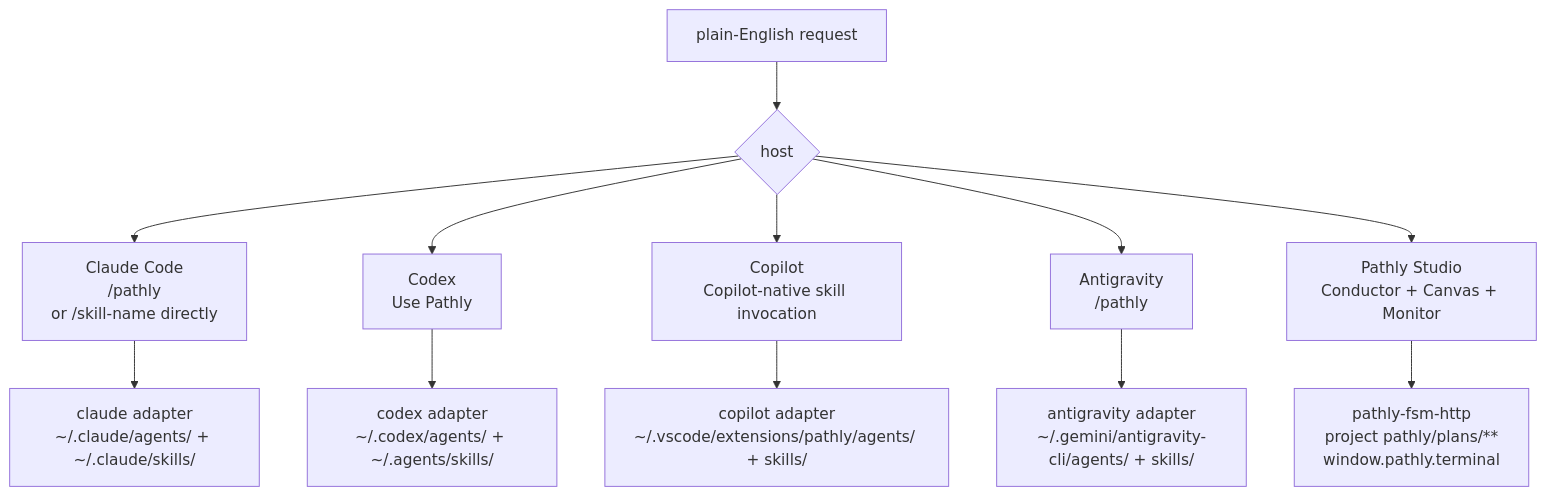
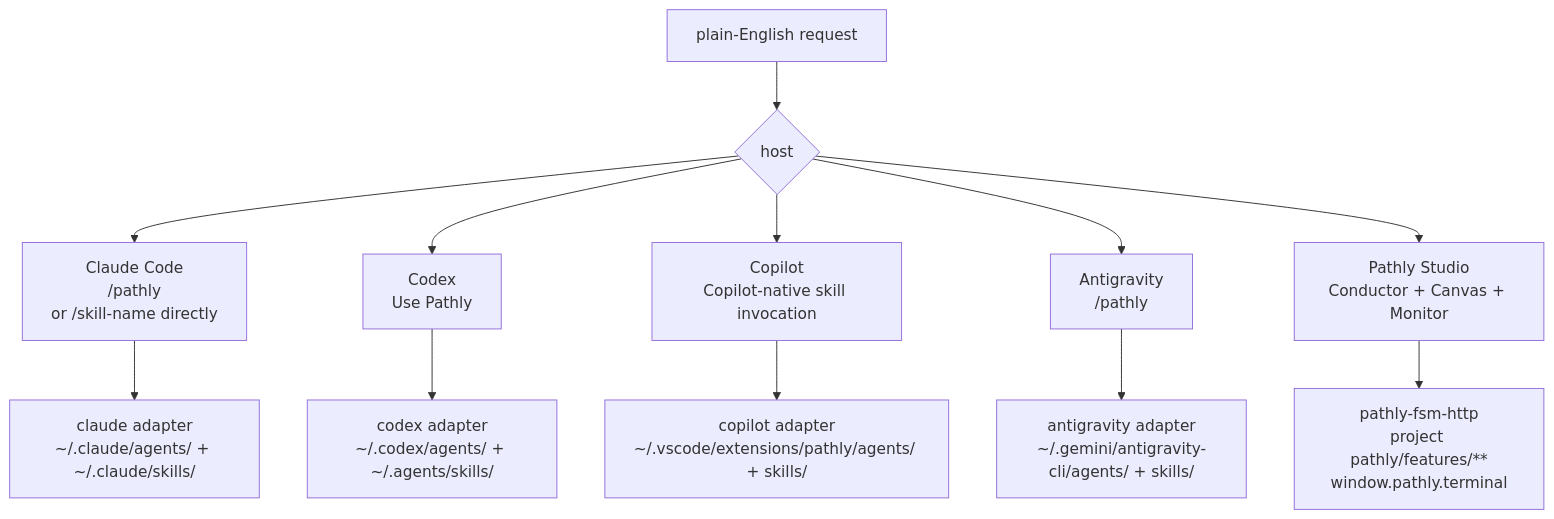
The first of 2 diagrams in docs/FLOW_DIAGRAM.md (hamilton-sky/pathly-adapters), drawn with Mermaid before and after one commit. The commit also changed other lines of this file and 7 other files, not shown here.

````diff
--- a/docs/FLOW_DIAGRAM.md
+++ b/docs/FLOW_DIAGRAM.md
@@ -26,15 +26,15 @@
 ```mermaid
 flowchart TD
     A[plain-English request] --> B{host}
     B --> CC["Claude Code\n/pathly <subcommand>\nor /skill-name directly"]
     B --> CX["Codex\nUse Pathly <request>"]
     B --> CP["Copilot\nCopilot-native skill invocation"]
     B --> AG["Antigravity\n/pathly <subcommand>"]
     B --> ST["Pathly Studio\nConductor + Canvas + Monitor"]
 
     CC --> CA[claude adapter\n~/.claude/agents/ + ~/.claude/skills/]
     CX --> XA[codex adapter\n~/.codex/agents/ + ~/.agents/skills/]
     CP --> PA[copilot adapter\n~/.vscode/extensions/pathly/agents/ + skills/]
     AG --> AA[antigravity adapter\n~/.gemini/antigravity-cli/agents/ + skills/]
-    ST --> FS[pathly-fsm-http\nproject pathly/plans/**\nwindow.pathly.terminal]
+    ST --> FS[pathly-fsm-http\nproject pathly/features/**\nwindow.pathly.terminal]
 ```
````
